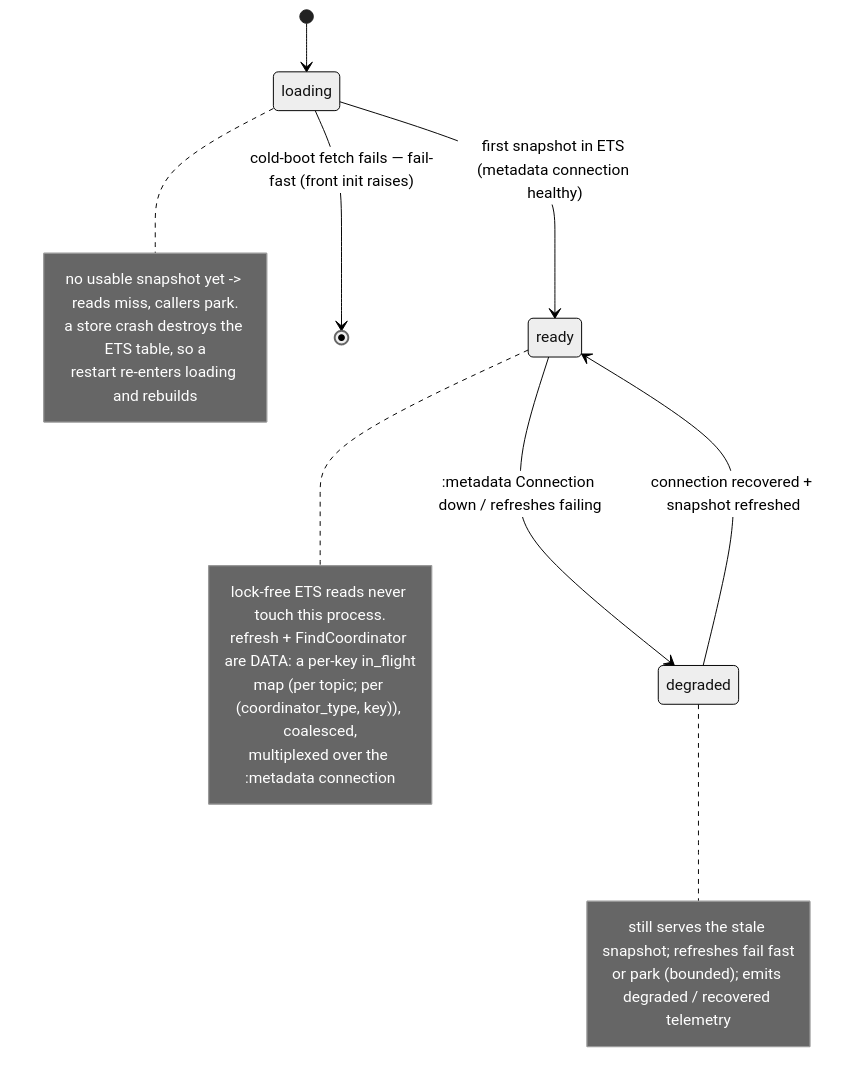
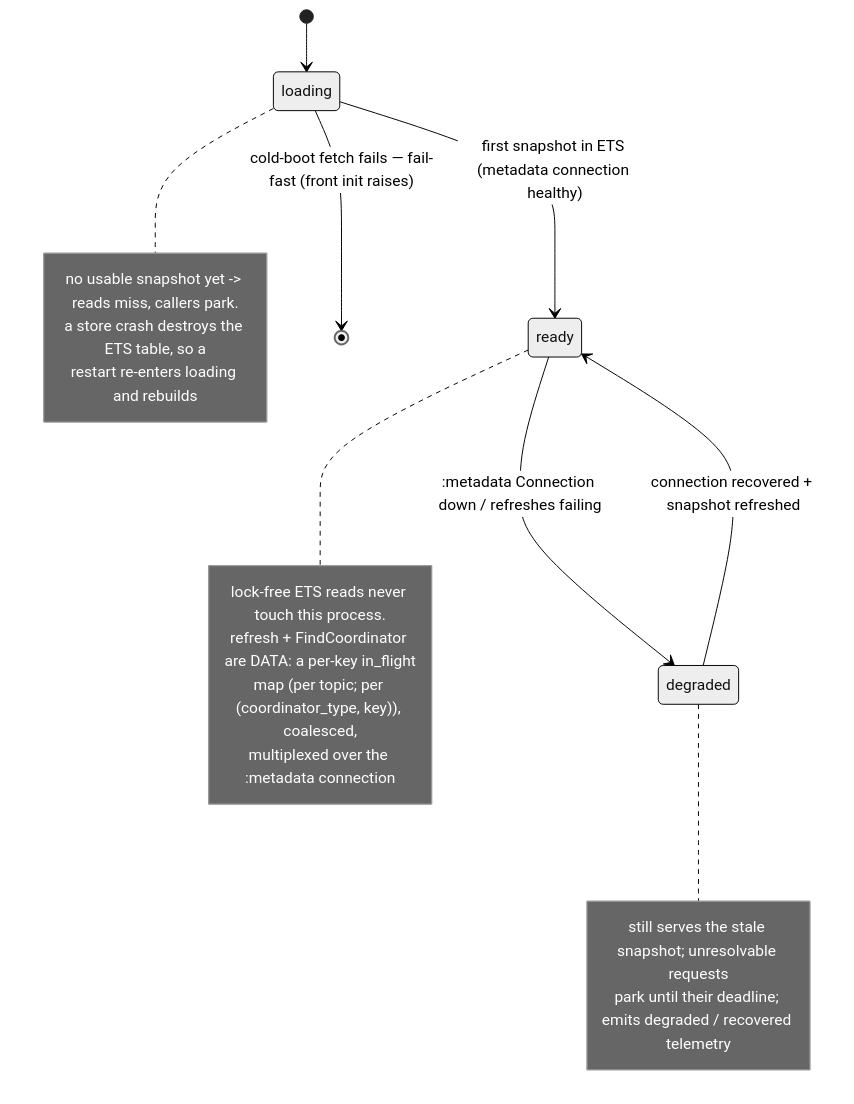
Before and after one commit to kafkaex/kafka_ex: the ninth of 10 diagrams in docs/rfcs/0001-client-process-architecture.md, drawn with Mermaid (neutral theme). The commit also changed other lines of this file, not shown here.

````diff
--- a/docs/rfcs/0001-client-process-architecture.md
+++ b/docs/rfcs/0001-client-process-architecture.md
@@ -742,23 +914,23 @@
 ```mermaid
 stateDiagram-v2
     [*] --> loading
     loading --> ready: first snapshot in ETS (metadata connection healthy)
     loading --> [*]: cold-boot fetch fails — fail-fast (front init raises)
     ready --> degraded: :metadata Connection down / refreshes failing
     degraded --> ready: connection recovered + snapshot refreshed
     note right of loading
         no usable snapshot yet -> reads miss, callers park.
         a store crash destroys the ETS table, so a
         restart re-enters loading and rebuilds
     end note
     note right of ready
         lock-free ETS reads never touch this process.
         refresh + FindCoordinator are DATA: a per-key in_flight
         map (per topic; per (coordinator_type, key)), coalesced,
         multiplexed over the :metadata connection
     end note
     note right of degraded
-        still serves the stale snapshot; refreshes fail fast
-        or park (bounded); emits degraded / recovered telemetry
+        still serves the stale snapshot; unresolvable requests
+        park until their deadline; emits degraded / recovered telemetry
     end note
 ```
````
